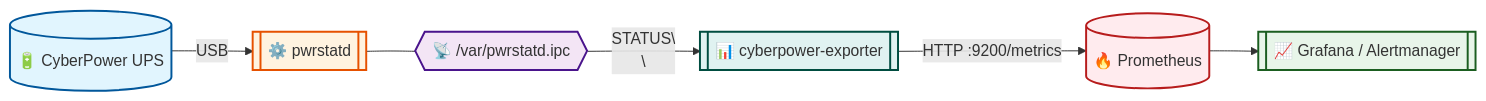
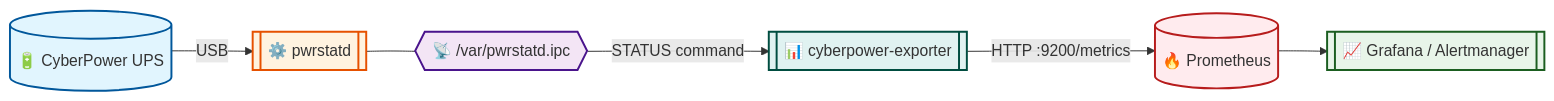
Before and after one commit to SimplicityGuy/cyberpower-exporter: the diagram in README.md, drawn with Mermaid. The commit also changed other lines of this file and 1 other file, not shown here.

First line of the commit message:
docs: fix mermaid edge label and document structlog logging (#5)

````diff
--- a/README.md
+++ b/README.md
@@ -35,22 +35,22 @@
 ```mermaid
 graph LR
     UPS[("🔋 CyberPower UPS")]
     PWRSTATD[["⚙️ pwrstatd"]]
     SOCK{{"📡 /var/pwrstatd.ipc"}}
     EXP[["📊 cyberpower-exporter"]]
     PROM[("🔥 Prometheus")]
     GRAF[["📈 Grafana / Alertmanager"]]
 
     UPS -->|USB| PWRSTATD
     PWRSTATD --- SOCK
-    SOCK -->|STATUS\\n\\n| EXP
+    SOCK -->|STATUS command| EXP
     EXP -->|HTTP :9200/metrics| PROM
     PROM --> GRAF
 
     style UPS fill:#e1f5fe,stroke:#01579b,stroke-width:2px
     style PWRSTATD fill:#fff3e0,stroke:#e65100,stroke-width:2px
     style SOCK fill:#f3e5f5,stroke:#4a148c,stroke-width:2px
     style EXP fill:#e0f2f1,stroke:#004d40,stroke-width:2px
     style PROM fill:#ffebee,stroke:#b71c1c,stroke-width:2px
     style GRAF fill:#e8f5e9,stroke:#1b5e20,stroke-width:2px
 ```
````
